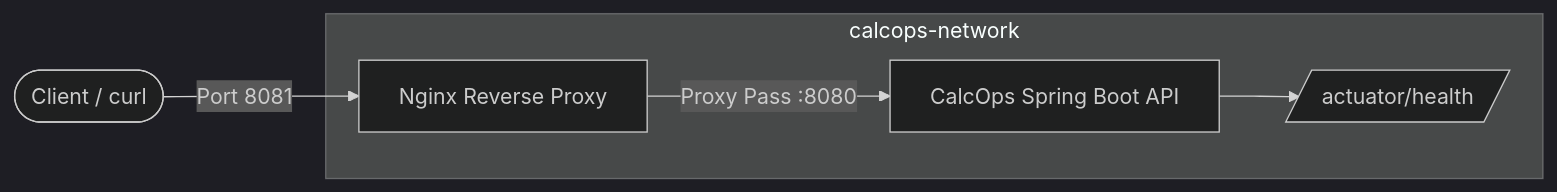
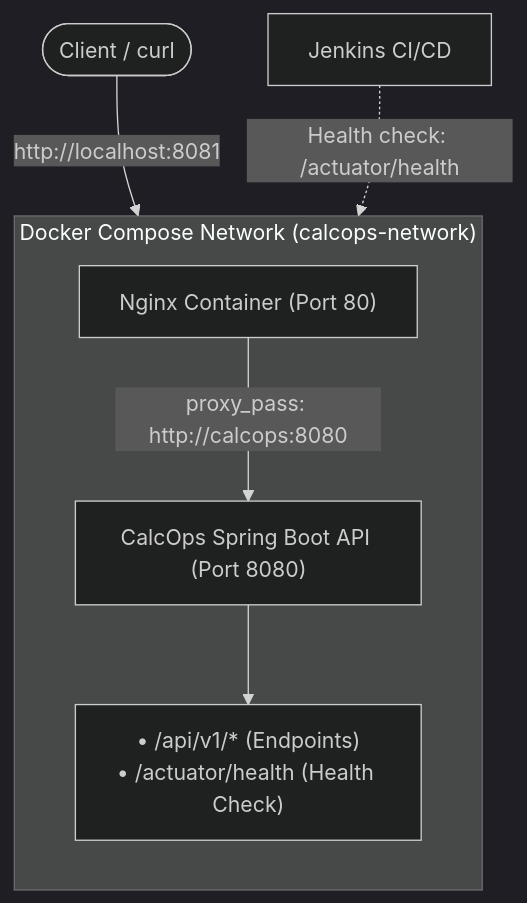
One commit to sidnovates/CalcOps changed the diagram in README.md. Above: the diagram before and after it, drawn with Mermaid (dark theme). The commit also changed other lines of this file, not shown here.

Commit message:
UPdated architecture diagram in readme

````diff
--- a/README.md
+++ b/README.md
@@ -15,9 +15,13 @@
 ```mermaid
-flowchart LR
-    Client([Client / curl]) -->|Port 8081| Nginx[Nginx Reverse Proxy]
+flowchart TD
+    Client([Client / curl]) -->|"http://localhost:8081"| Nginx
 
-    subgraph DockerNetwork [calcops-network]
-        Nginx -->|Proxy Pass :8080| CalcOps[CalcOps Spring Boot API]
-        CalcOps --> Actuator[/actuator/health/]
+    subgraph DockerNetwork ["Docker Compose Network (calcops-network)"]
+        direction TB
+        Nginx["Nginx Container (Port 80)"]
+        Nginx -->|"proxy_pass: http://calcops:8080"| CalcOps["CalcOps Spring Boot API (Port 8080)"]
+        CalcOps --> Endpoints["• /api/v1/* (Endpoints)\n• /actuator/health (Health Check)"]
     end
+
+    Jenkins[Jenkins CI/CD] -.->|"Health check: /actuator/health"| Nginx
 ```
````
